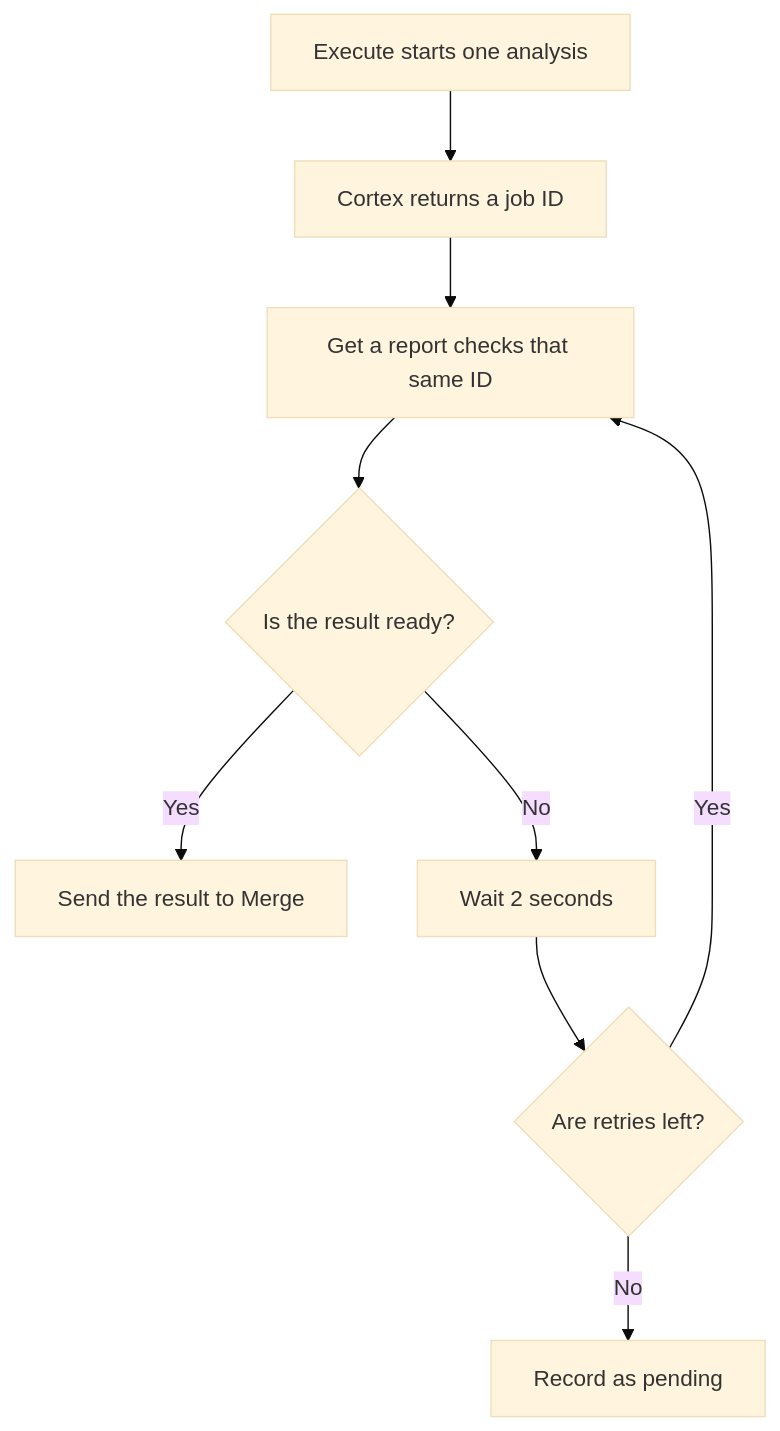
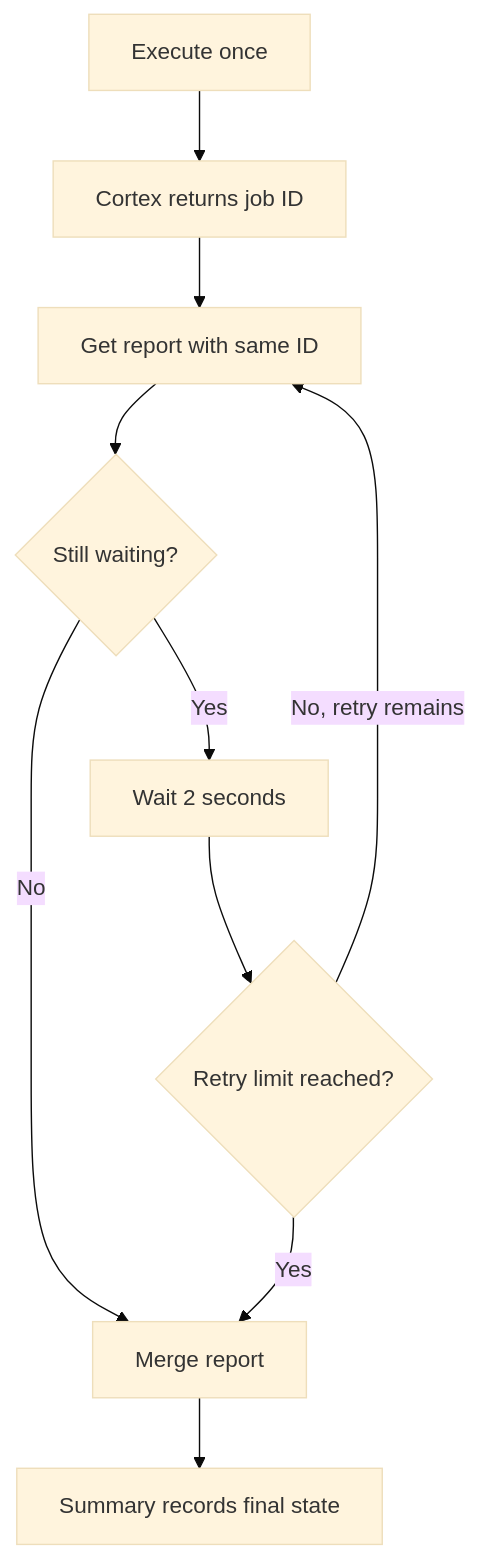
One commit to Solivagantaeon/soc-automation-lab changed the diagram in docs/runbooks/n8n-triage.md. Above: the diagram before and after it, drawn with Mermaid (base theme).

Commit message:
Update cahrt analyzer execution n8n-triage.md #69

````diff
--- a/docs/runbooks/n8n-triage.md
+++ b/docs/runbooks/n8n-triage.md
@@ -420,11 +420,12 @@
 ```mermaid
 flowchart TD
-    A["Execute starts one analysis"] --> B["Cortex returns a job ID"]
-    B --> C["Get a report checks that same ID"]
-    C --> D{"Is the result ready?"}
-    D -- "Yes" --> E["Send the result to Merge"]
-    D -- "No" --> F["Wait 2 seconds"]
-    F --> G{"Are retries left?"}
-    G -- "Yes" --> C
-    G -- "No" --> H["Record as pending"]
+    A["Execute once"] --> B["Cortex returns job ID"]
+    B --> C["Get report with same ID"]
+    C --> D{"Still waiting?"}
+    D -- "No" --> M["Merge report"]
+    D -- "Yes" --> W["Wait 2 seconds"]
+    W --> R{"Retry limit reached?"}
+    R -- "No, retry remains" --> C
+    R -- "Yes" --> M
+    M --> S["Summary records final state"]
 ```
````
